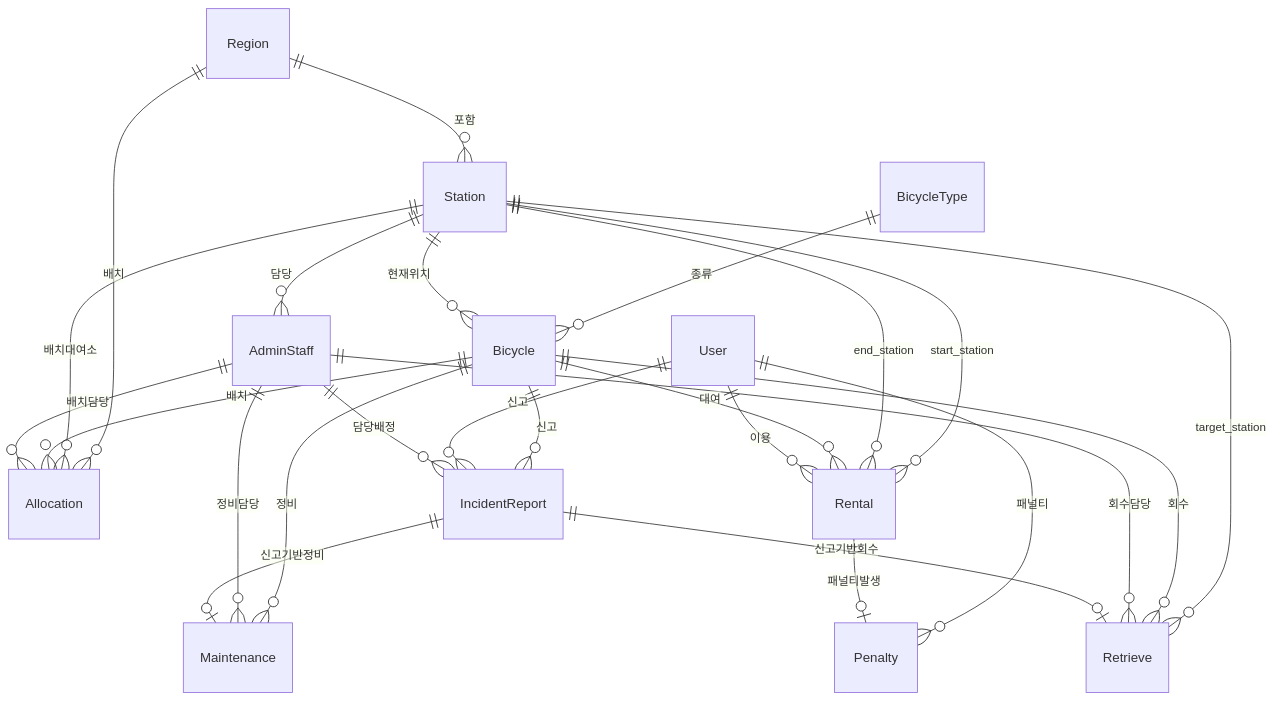
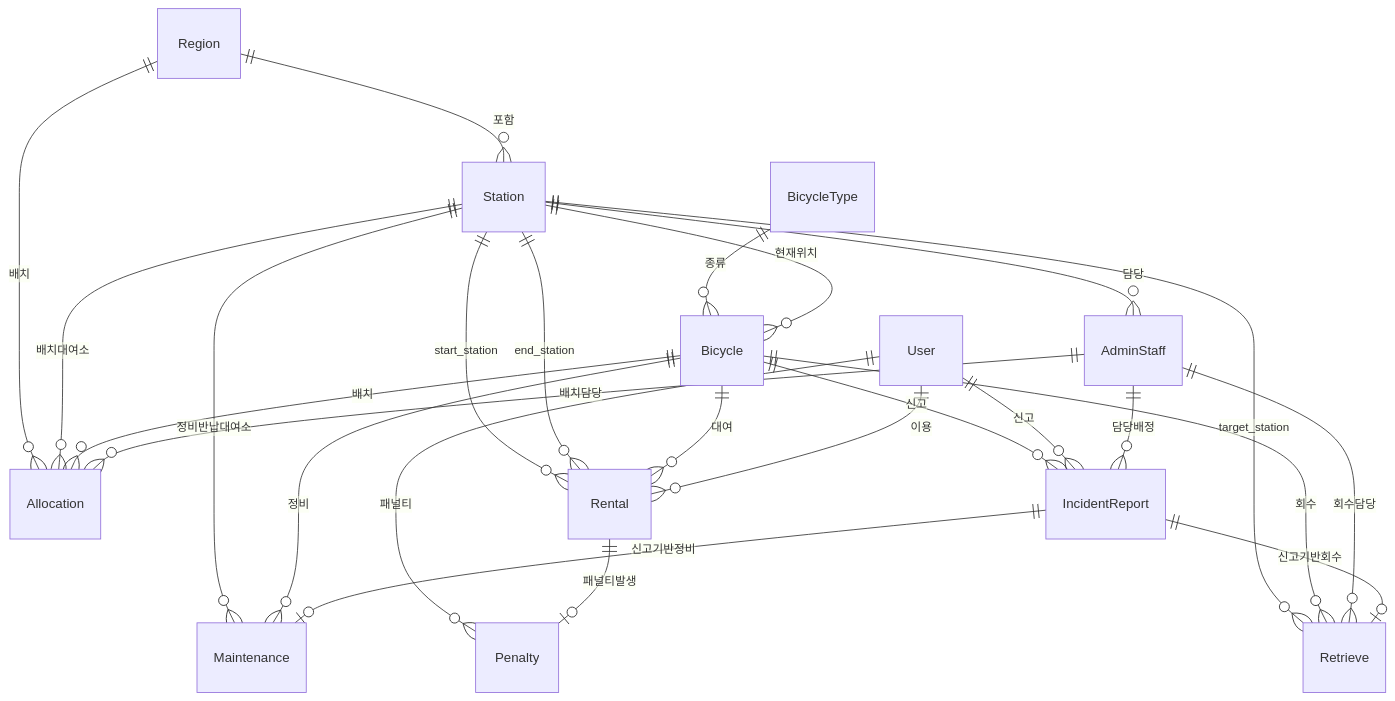
The diagram in docs/design.md (ZYONGE/DatabaseDesign_TermProject), drawn with Mermaid before and after one commit. The commit also changed other lines of this file and 6 other files, not shown here.

````diff
--- a/docs/design.md
+++ b/docs/design.md
@@ -246,34 +248,34 @@
 ```mermaid
 erDiagram
     Region ||--o{ Station : "포함"
     Region ||--o{ Allocation : "배치"
 
     BicycleType ||--o{ Bicycle : "종류"
 
     Station ||--o{ Bicycle : "현재위치"
     Station ||--o{ AdminStaff : "담당"
     Station ||--o{ Rental : "start_station"
     Station ||--o{ Rental : "end_station"
     Station ||--o{ Retrieve : "target_station"
     Station ||--o{ Allocation : "배치대여소"
+    Station ||--o{ Maintenance : "정비반납대여소"
 
     Bicycle ||--o{ Rental : "대여"
     Bicycle ||--o{ IncidentReport : "신고"
     Bicycle ||--o{ Maintenance : "정비"
     Bicycle ||--o{ Retrieve : "회수"
     Bicycle ||--o{ Allocation : "배치"
 
     User ||--o{ Rental : "이용"
     User ||--o{ IncidentReport : "신고"
     User ||--o{ Penalty : "패널티"
 
     Rental ||--o| Penalty : "패널티발생"
 
     AdminStaff ||--o{ IncidentReport : "담당배정"
-    AdminStaff ||--o{ Maintenance : "정비담당"
     AdminStaff ||--o{ Retrieve : "회수담당"
     AdminStaff ||--o{ Allocation : "배치담당"
 
     IncidentReport ||--o| Maintenance : "신고기반정비"
     IncidentReport ||--o| Retrieve : "신고기반회수"
 ```
````
